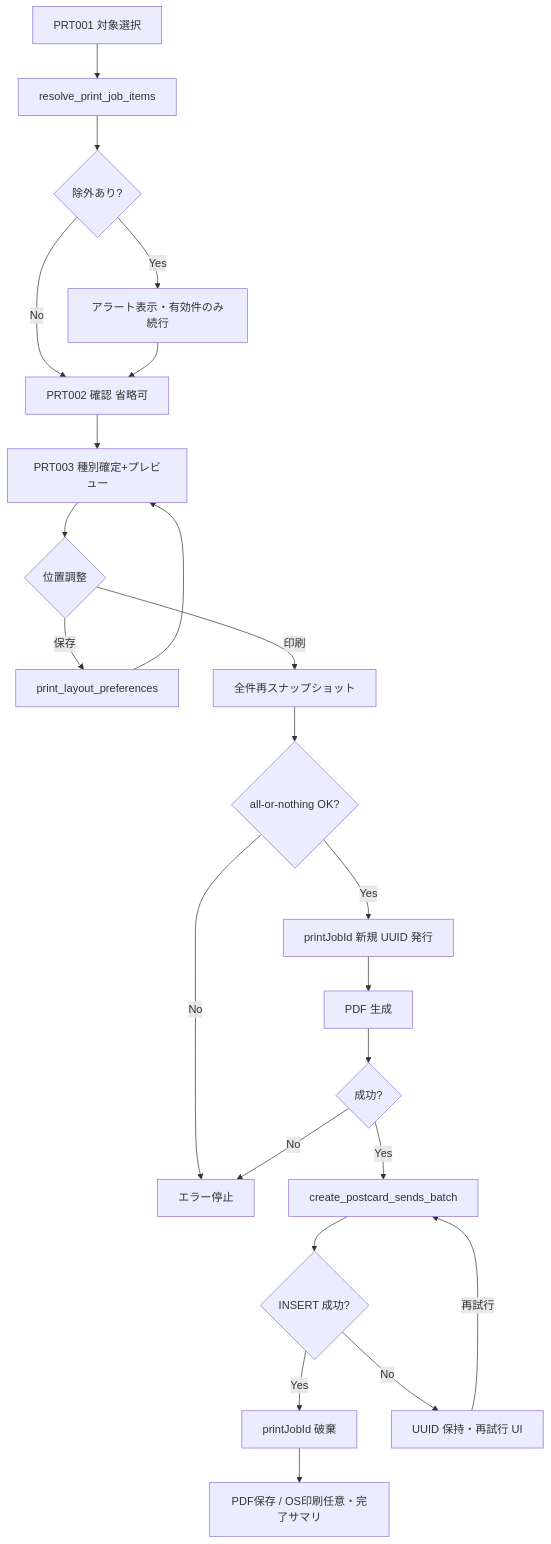
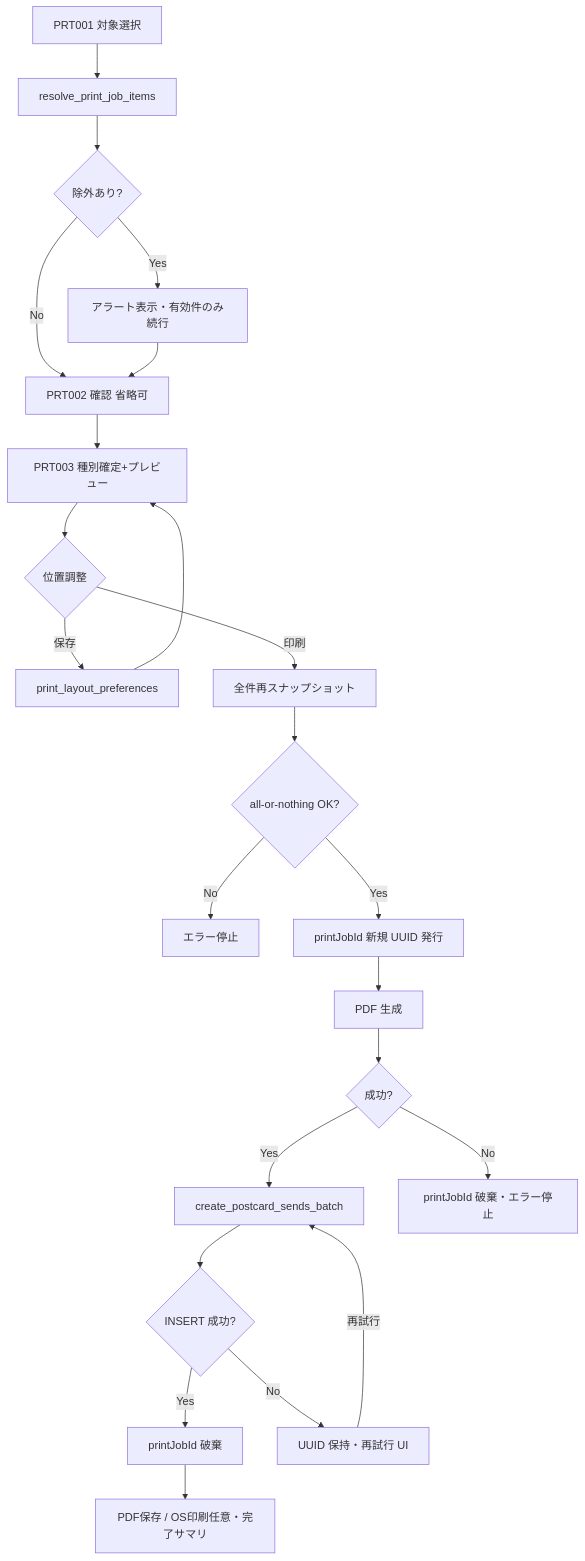
Before and after one commit to topea-3/craft-post-app: the diagram in docs/design/postcard-address-print-v1-design.md, drawn with Mermaid. The commit also changed other lines of this file and 1 other file, not shown here.

First line of the commit message:
fix(design): printJobId PDF失敗時破棄と offset 二重層を解消

````diff
--- a/docs/design/postcard-address-print-v1-design.md
+++ b/docs/design/postcard-address-print-v1-design.md
@@ -347,25 +348,25 @@
 ```mermaid
 flowchart TD
   A[PRT001 対象選択] --> B[resolve_print_job_items]
   B --> C{除外あり?}
   C -->|Yes| D[アラート表示・有効件のみ続行]
   C -->|No| E[PRT002 確認 省略可]
   D --> E
   E --> F[PRT003 種別確定+プレビュー]
   F --> G{位置調整}
   G -->|保存| H[print_layout_preferences]
   H --> F
   G -->|印刷| I[全件再スナップショット]
   I --> J{all-or-nothing OK?}
   J -->|No| K[エラー停止]
   J -->|Yes| L[printJobId 新規 UUID 発行]
   L --> M[PDF 生成]
   M --> N{成功?}
   N -->|Yes| O[create_postcard_sends_batch]
-  N -->|No| K
+  N -->|No| T[printJobId 破棄・エラー停止]
   O --> R{INSERT 成功?}
   R -->|Yes| P[printJobId 破棄]
   R -->|No| S[UUID 保持・再試行 UI]
   S -->|再試行| O
   P --> Q[PDF保存 / OS印刷任意・完了サマリ]
 ```
````
